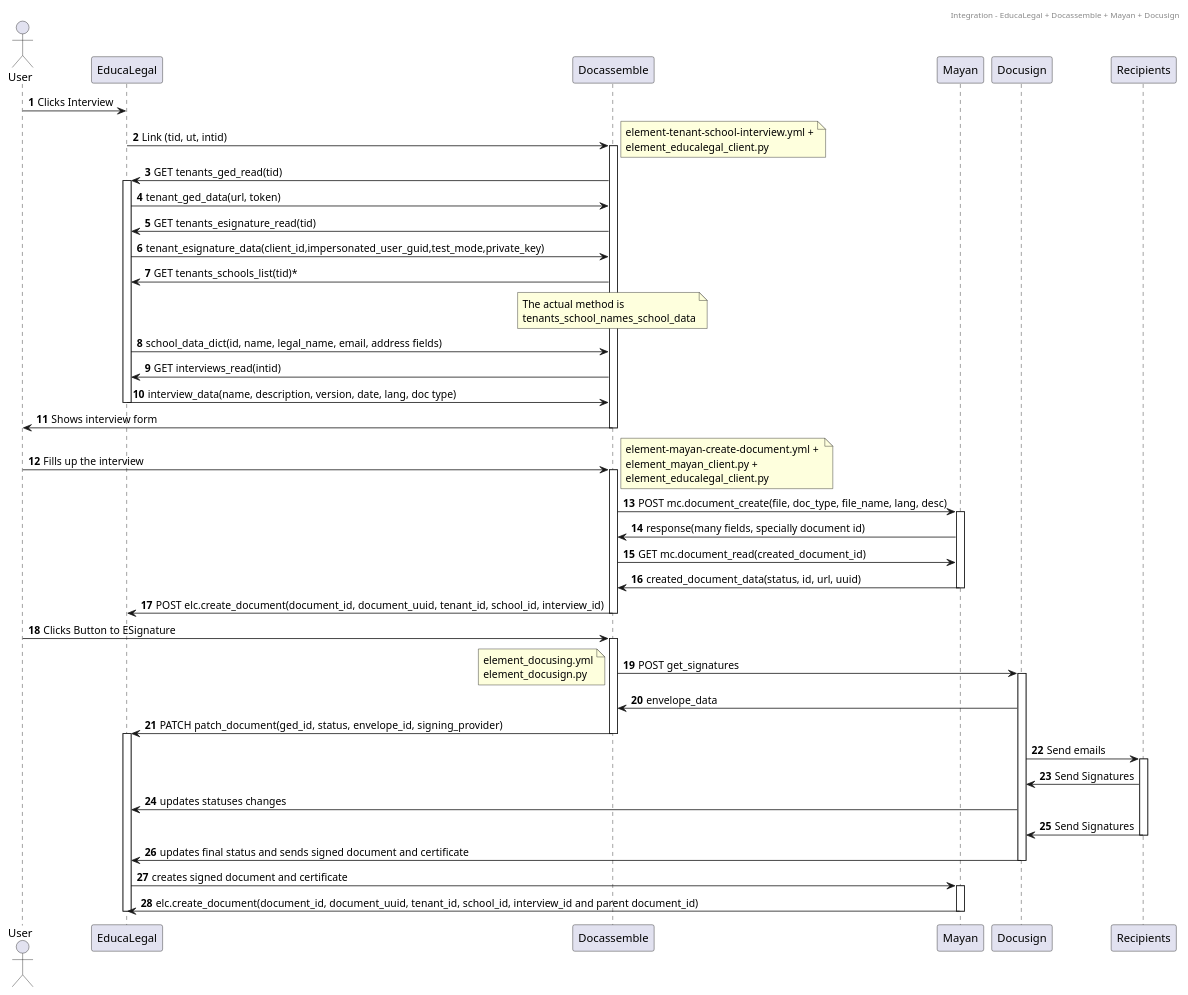
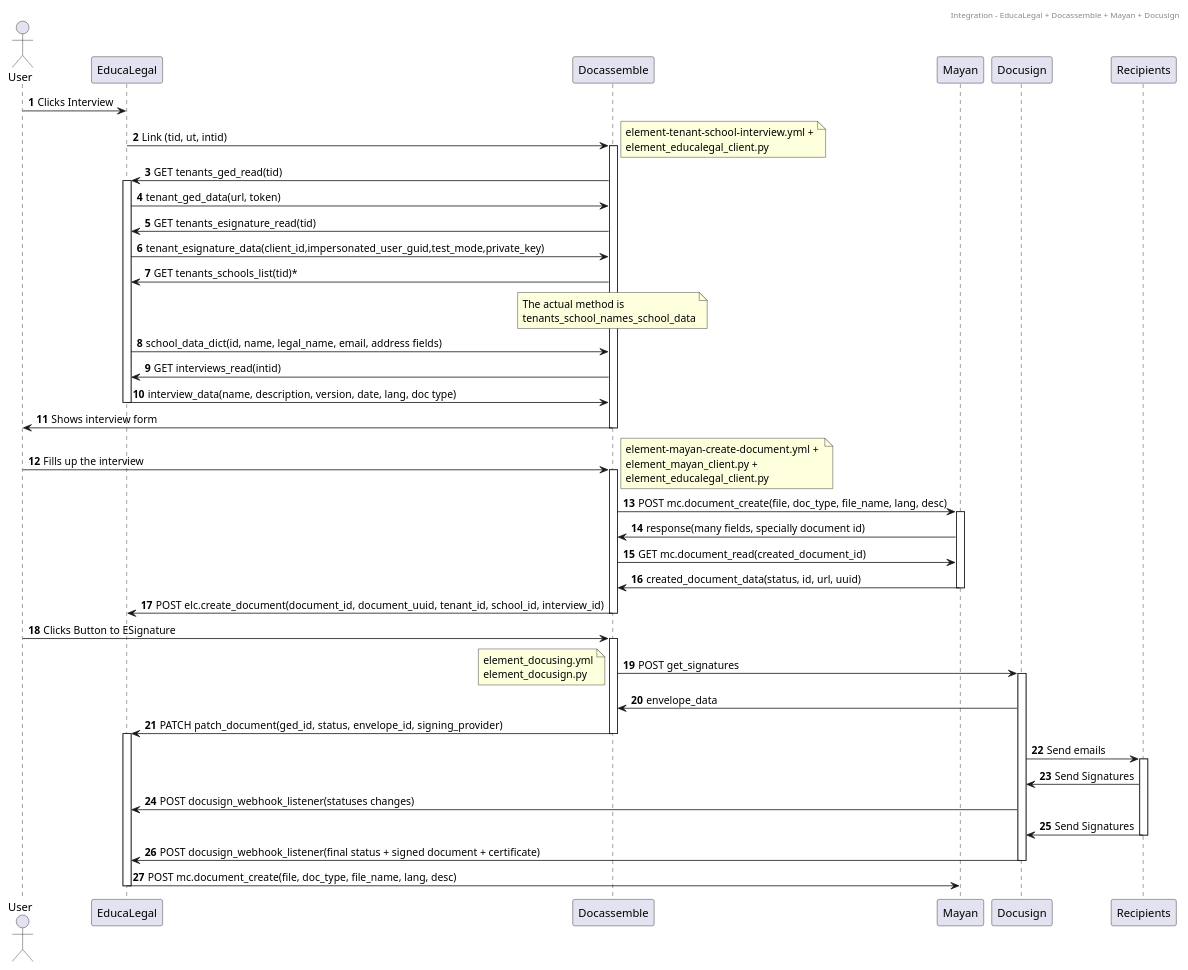
Before and after one commit to rvnovaes/educalegal: the diagram in fluxos/educalegal_api_seq_diagram.pu, drawn with PlantUML. The commit also changed 1 other file, not shown here.

Commit message:
Updated API diagrams

```diff
--- a/fluxos/educalegal_api_seq_diagram.pu
+++ b/fluxos/educalegal_api_seq_diagram.pu
@@ -1,70 +1,65 @@
 @startuml
 header Integration - EducaLegal + Docassemble + Mayan + Docusign
 actor User
 autonumber
 User -> EducaLegal: Clicks Interview
 EducaLegal -> Docassemble: Link (tid, ut, intid)
 note right
 element-tenant-school-interview.yml +
 element_educalegal_client.py
 end note
 activate Docassemble
 Docassemble -> EducaLegal: GET tenants_ged_read(tid)
 activate EducaLegal
 EducaLegal -> Docassemble: tenant_ged_data(url, token)
 Docassemble -> EducaLegal: GET tenants_esignature_read(tid)
 EducaLegal -> Docassemble: tenant_esignature_data(client_id,impersonated_user_guid,test_mode,private_key)
 Docassemble -> EducaLegal: GET tenants_schools_list(tid)*
 note over Docassemble
 The actual method is 
 tenants_school_names_school_data
 end note
 EducaLegal -> Docassemble: school_data_dict(id, name, legal_name, email, address fields)
 Docassemble -> EducaLegal: GET interviews_read(intid)
 EducaLegal -> Docassemble: interview_data(name, description, version, date, lang, doc type)
 deactivate EducaLegal
 Docassemble -> User: Shows interview form
 deactivate Docassemble
 User -> Docassemble: Fills up the interview
 note right
 element-mayan-create-document.yml + 
 element_mayan_client.py +
 element_educalegal_client.py
 end note
 activate Docassemble
 Docassemble -> Mayan: POST mc.document_create(file, doc_type, file_name, lang, desc)
 activate Mayan
 Mayan -> Docassemble: response(many fields, specially document id)
 Docassemble -> Mayan: GET mc.document_read(created_document_id)
 Mayan -> Docassemble: created_document_data(status, id, url, uuid)
 deactivate Mayan
 Docassemble -> EducaLegal: POST elc.create_document(document_id, document_uuid, tenant_id, school_id, interview_id)
 deactivate Docassemble
 User -> Docassemble: Clicks Button to ESignature
 activate Docassemble
 Docassemble -> Docusign: POST get_signatures
 note left
 element_docusing.yml
 element_docusign.py
 end note
 activate Docusign
 Docusign -> Docassemble: envelope_data
 Docassemble -> EducaLegal: PATCH patch_document(ged_id, status, envelope_id, signing_provider)
 deactivate Docassemble
 activate EducaLegal
 Docusign -> Recipients: Send emails
 activate Recipients
 Recipients -> Docusign: Send Signatures
-Docusign -> EducaLegal: updates statuses changes
+Docusign -> EducaLegal: POST docusign_webhook_listener(statuses changes)
 Recipients -> Docusign: Send Signatures
 deactivate Recipients
-Docusign -> EducaLegal: updates final status and sends signed document and certificate
+Docusign -> EducaLegal: POST docusign_webhook_listener(final status + signed document + certificate)
 deactivate Docusign
-EducaLegal -> Mayan: creates signed document and certificate
-activate Mayan
-Mayan -> EducaLegal: elc.create_document(document_id, document_uuid, tenant_id, school_id, interview_id and parent document_id)
-deactivate Mayan
+EducaLegal -> Mayan: POST mc.document_create(file, doc_type, file_name, lang, desc)
 deactivate EducaLegal
-
-
 @enduml
```
